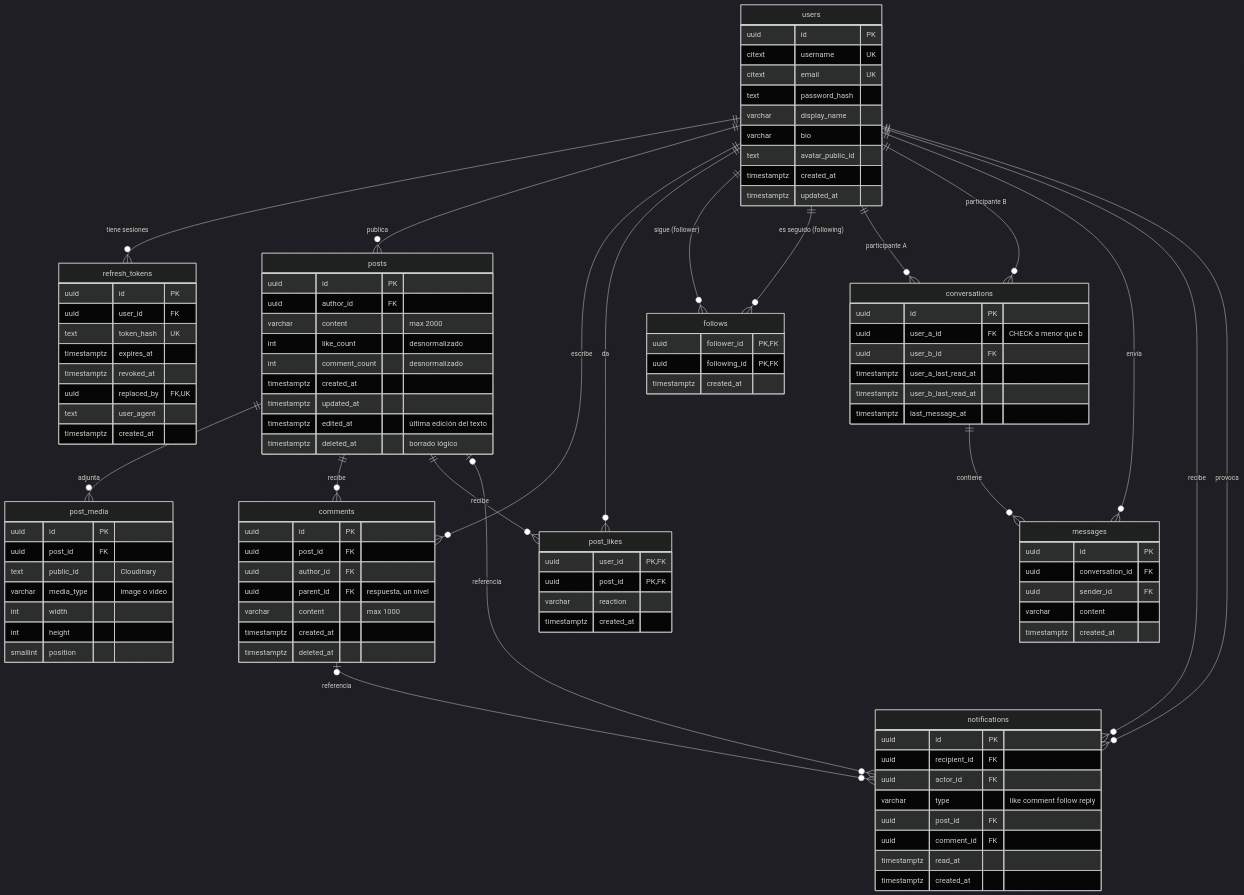
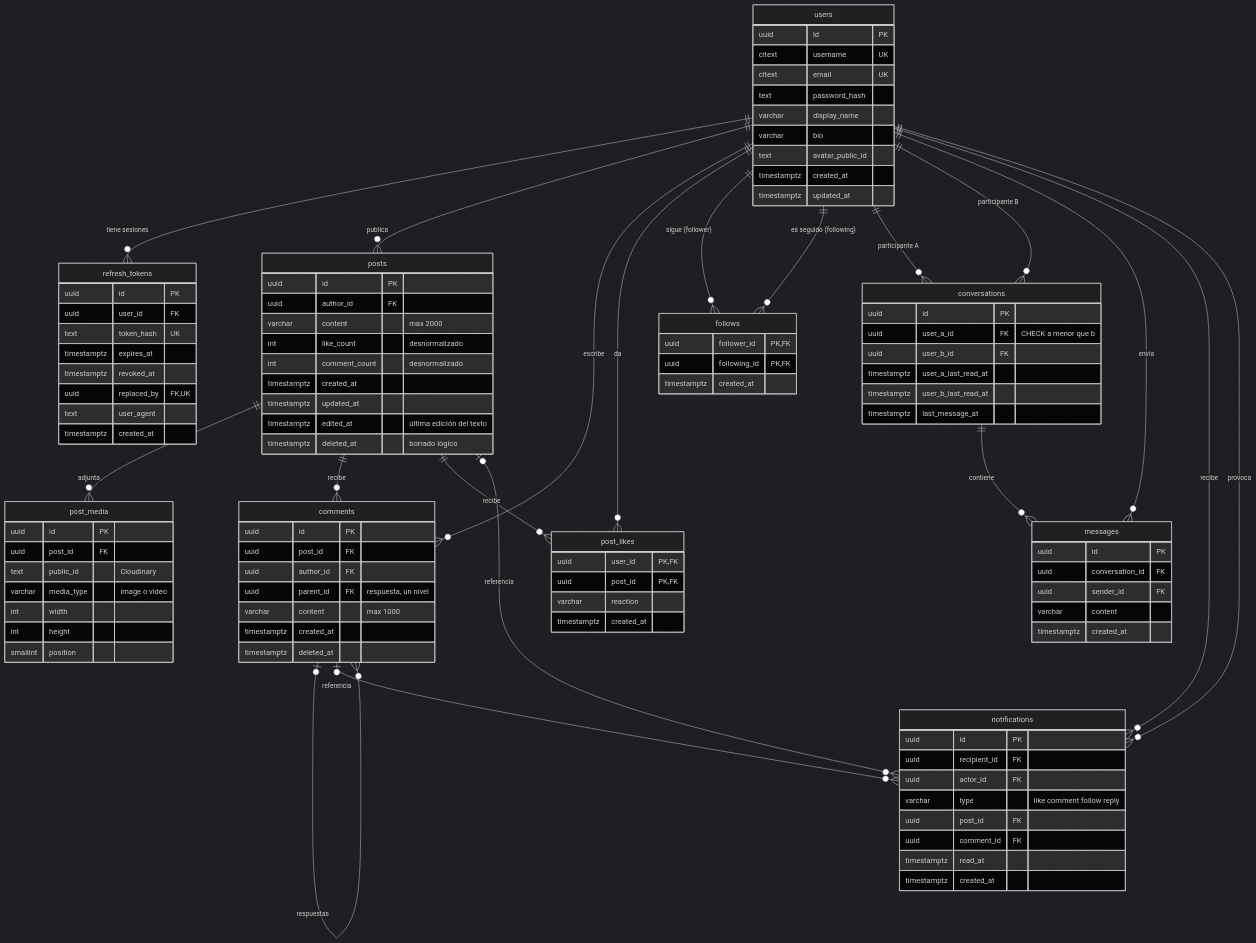
Before and after one commit to EmilioAlonzo4587/red-social: the diagram in docs/04-base-de-datos.md, drawn with Mermaid (dark theme). The commit also changed 3 other files, not shown here.

```diff
--- a/docs/04-base-de-datos.md
+++ b/docs/04-base-de-datos.md
@@ -107,6 +107,7 @@
   posts ||--o{ post_media : "adjunta"
   posts ||--o{ comments : "recibe"
   users ||--o{ comments : "escribe"
+  comments |o--o{ comments : "respuestas"
   users ||--o{ post_likes : "da"
   posts ||--o{ post_likes : "recibe"
   users ||--o{ follows : "sigue (follower)"
```
